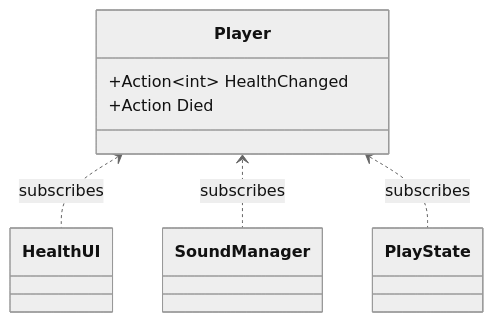
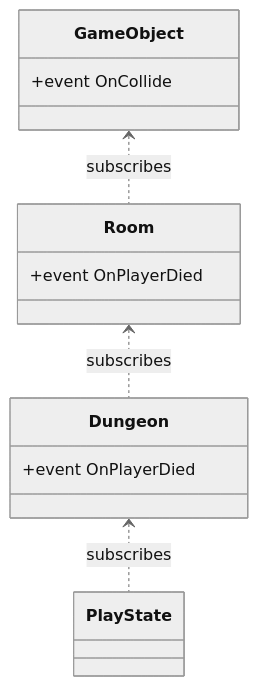
One commit to Metamate/gar changed the first of 2 diagrams in src/content/docs/sessions/07-the-legend-of-zelda.md. Above: the diagram before and after it, drawn with Mermaid (neutral theme). The commit also changed other lines of this file and 8 other files, not shown here.

````diff
--- a/src/content/docs/sessions/07-the-legend-of-zelda.md
+++ b/src/content/docs/sessions/07-the-legend-of-zelda.md
@@ -132,13 +130,16 @@
 ```mermaid
 classDiagram
-    class Player {
-        +Action~int~ HealthChanged
-        +Action Died
+    class Room {
+        +event OnPlayerDied
     }
-    class HealthUI
-    class SoundManager
+    class Dungeon {
+        +event OnPlayerDied
+    }
     class PlayState
-    Player <.. HealthUI : subscribes
-    Player <.. SoundManager : subscribes
-    Player <.. PlayState : subscribes
+    class GameObject {
+        +event OnCollide
+    }
+    Room <.. Dungeon : subscribes
+    Dungeon <.. PlayState : subscribes
+    GameObject <.. Room : subscribes
 ```
````
